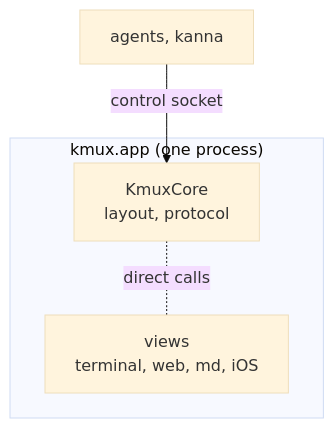
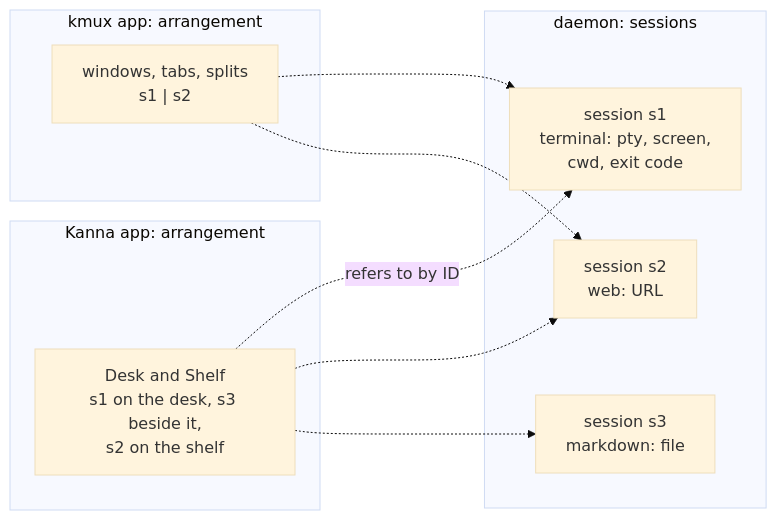
One commit to jemdiggity/kanna-v4 changed the second of 9 diagrams in docs/research/mux-architecture.md. Above: the diagram before and after it, drawn with Mermaid (base theme). The commit also changed other lines of this file, not shown here.

Commit message:
Mux architecture: kmux as libraries, the daemon owns sessions, each UI owns its arrangement, one CLI socket

````diff
--- a/docs/research/mux-architecture.md
+++ b/docs/research/mux-architecture.md
@@ -73,9 +87,19 @@
 ```mermaid
-flowchart TB
-    subgraph P["kmux.app (one process)"]
-        CORE["KmuxCore<br/>layout, protocol"]
-        VIEWS["views<br/>terminal, web, md, iOS"]
-        CORE -. "direct calls" .- VIEWS
+flowchart LR
+    subgraph D["daemon: sessions"]
+        S1["session s1<br/>terminal: pty, screen,<br/>cwd, exit code"]
+        S2["session s2<br/>web: URL"]
+        S3["session s3<br/>markdown: file"]
     end
-    AG["agents, kanna"] -->|"control socket"| CORE
+    subgraph K["Kanna app: arrangement"]
+        DESK["Desk and Shelf<br/>s1 on the desk, s3 beside it,<br/>s2 on the shelf"]
+    end
+    subgraph X["kmux app: arrangement"]
+        WIN["windows, tabs, splits<br/>s1 | s2"]
+    end
+    DESK -. "refers to by ID" .-> S1
+    DESK -.-> S2
+    DESK -.-> S3
+    WIN -.-> S1
+    WIN -.-> S2
 ```
````
